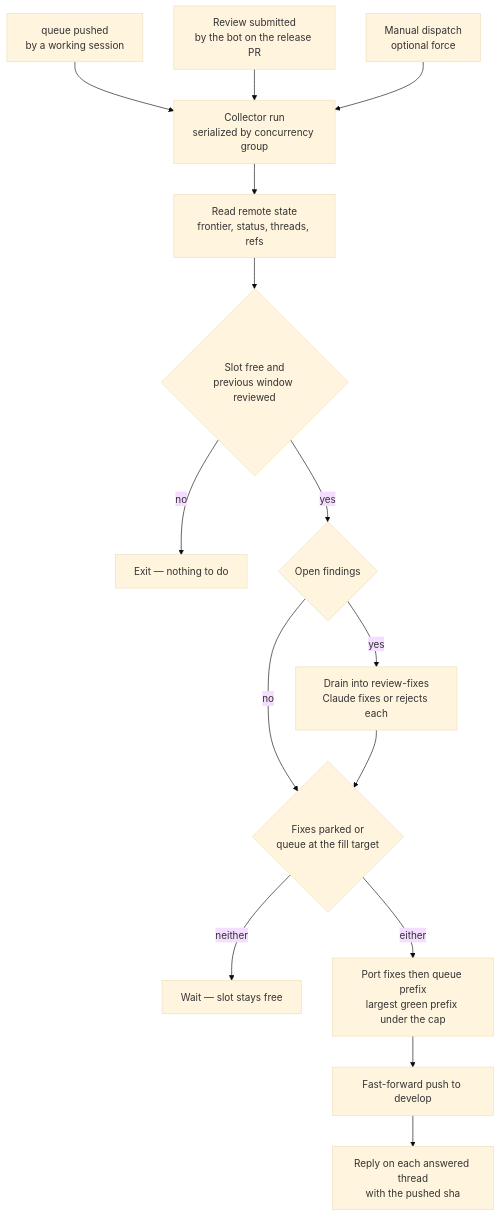
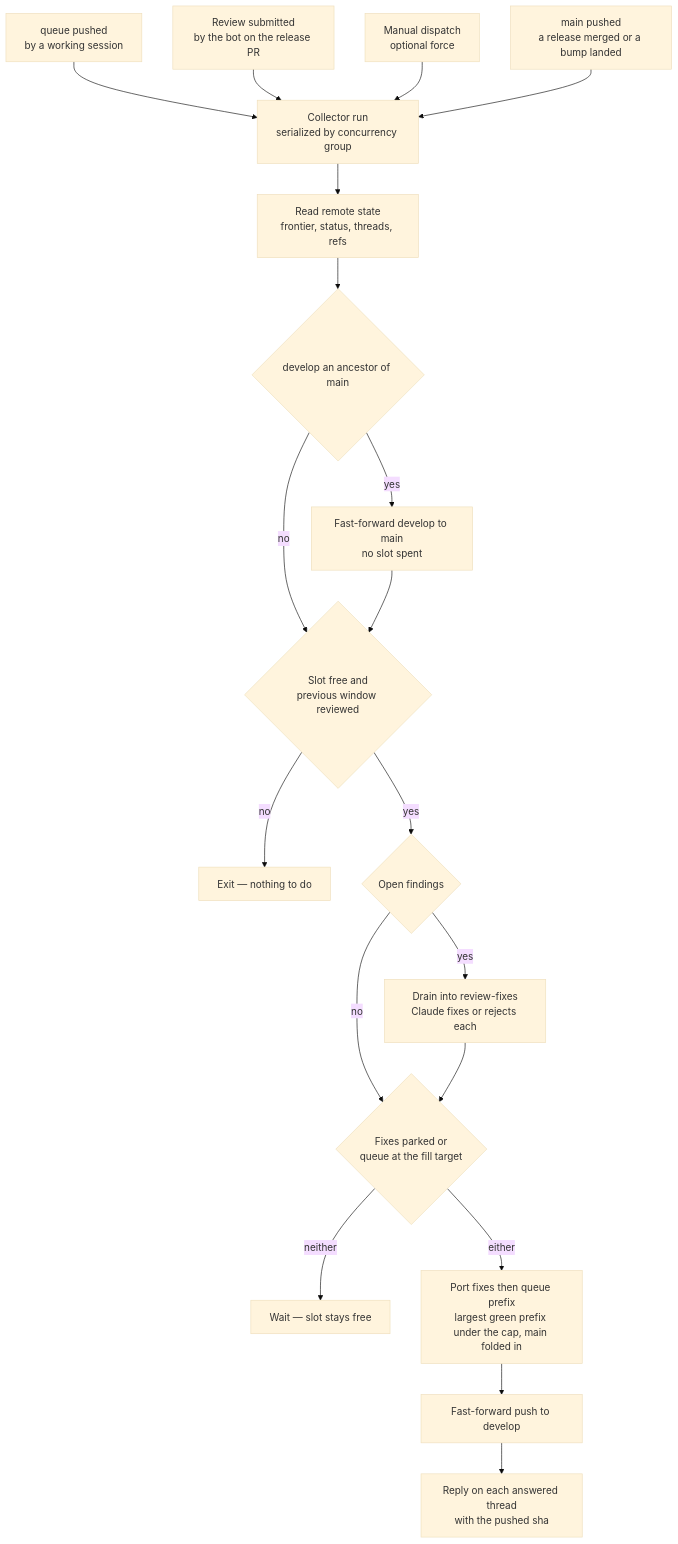
One commit to Esposter/Esposter changed the diagram in apps/web/content/docs/proposals/infra/review-collector/index.md. Above: the diagram before and after it, drawn with Mermaid (base theme). The commit also changed other lines of this file and 9 other files, not shown here.

First line of the commit message:
feat(scripts): the return stroke — develop follows main by fast-forward after a release, and a bump on main rides the next window

````diff
--- a/apps/web/content/docs/proposals/infra/review-collector/index.md
+++ b/apps/web/content/docs/proposals/infra/review-collector/index.md
@@ -28,17 +28,21 @@
 ```mermaid
 flowchart TD
   A[queue pushed<br/>by a working session] --> C
   F[Review submitted<br/>by the bot on the release PR] --> C
   D[Manual dispatch<br/>optional force] --> C
+  MN[main pushed<br/>a release merged or a bump landed] --> C
   C[Collector run<br/>serialized by concurrency group] --> R[Read remote state<br/>frontier, status, threads, refs]
-  R --> G{Slot free and<br/>previous window reviewed}
+  R --> RS{develop an ancestor of main}
+  RS -->|yes| FF[Fast-forward develop to main<br/>no slot spent]
+  RS -->|no| G
+  FF --> G{Slot free and<br/>previous window reviewed}
   G -->|no| X[Exit — nothing to do]
   G -->|yes| O{Open findings}
   O -->|yes| DR[Drain into review-fixes<br/>Claude fixes or rejects each]
   O -->|no| P
   DR --> P{Fixes parked or<br/>queue at the fill target}
   P -->|neither| PK[Wait — slot stays free]
-  P -->|either| W[Port fixes then queue prefix<br/>largest green prefix under the cap]
+  P -->|either| W[Port fixes then queue prefix<br/>largest green prefix under the cap, main folded in]
   W --> PU[Fast-forward push to develop]
   PU --> RP[Reply on each answered thread<br/>with the pushed sha]
 ```
````
